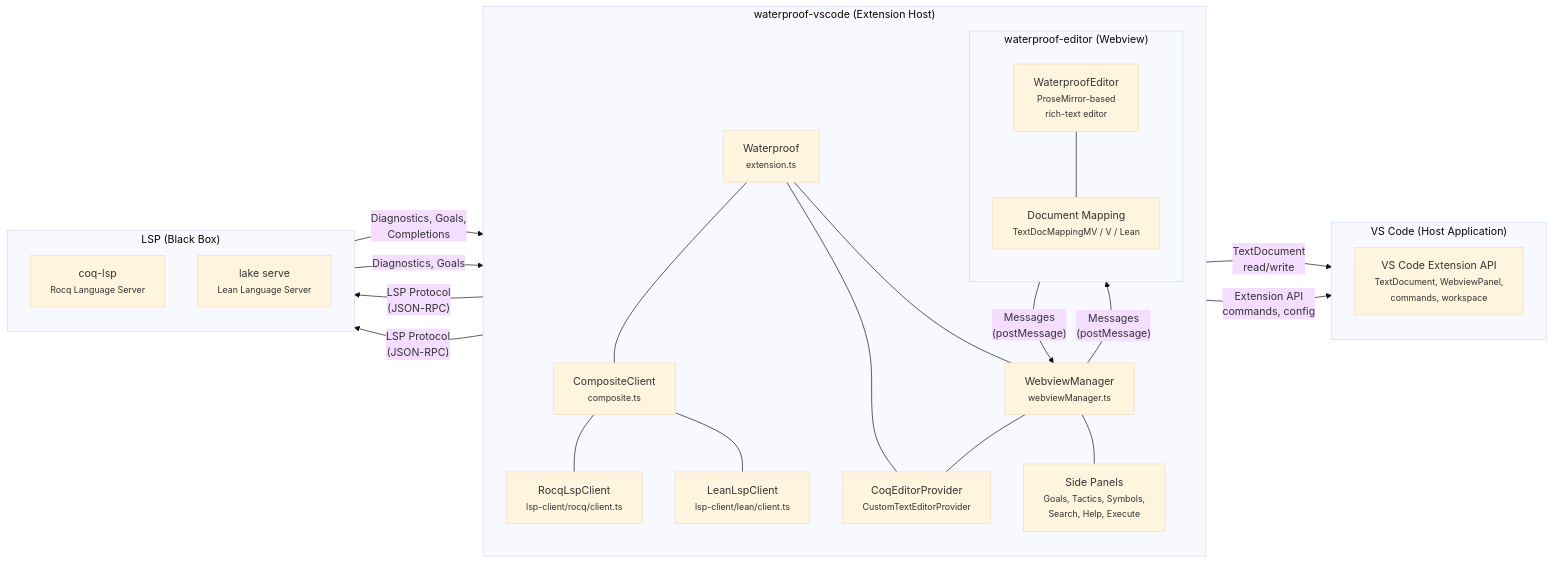
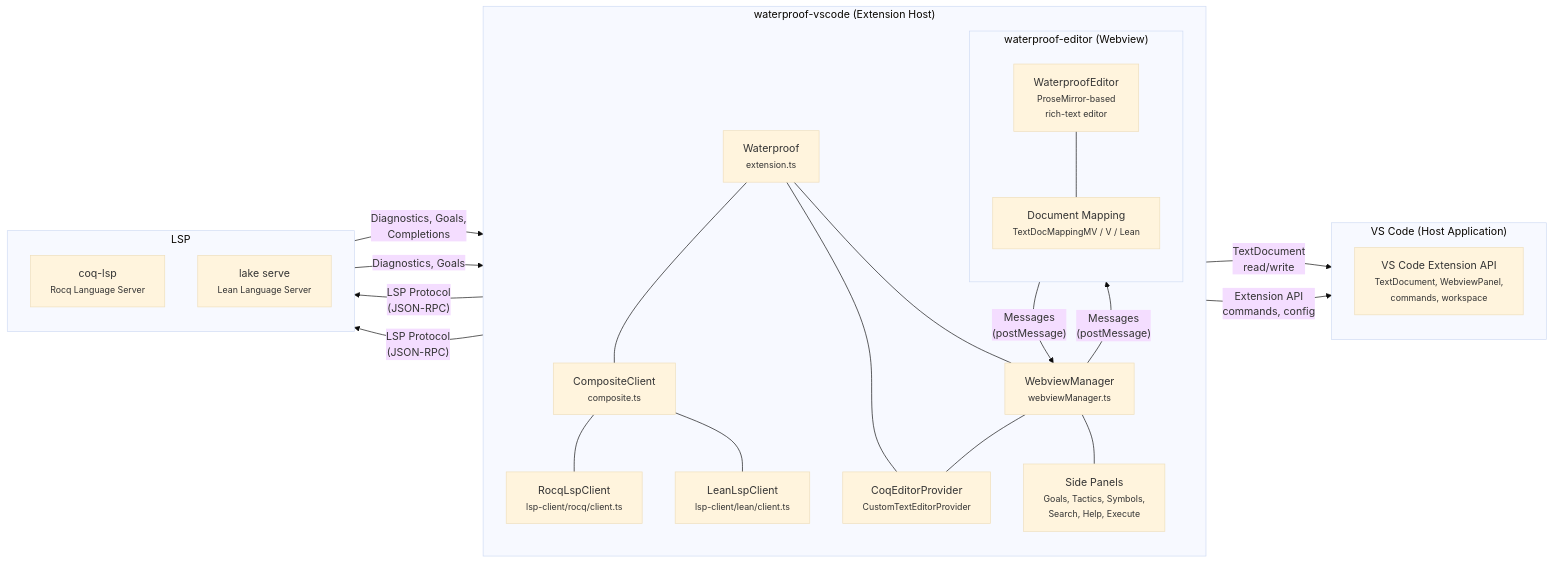
One commit to impermeable/waterproof-vscode changed the first of 2 diagrams in developer-resources/architecture.md. Above: the diagram before and after it, drawn with Mermaid (base theme). The commit also changed 1 other file, not shown here.

Commit message:
Reference

````diff
--- a/developer-resources/architecture.md
+++ b/developer-resources/architecture.md
@@ -23,50 +23,50 @@
 ```mermaid
 graph LR
     subgraph "VS Code (Host Application)"
         direction TB
         VSCODE_API["VS Code Extension API<br/><small>TextDocument, WebviewPanel,<br/>commands, workspace</small>"]
     end
 
     subgraph "waterproof-vscode (Extension Host)"
         direction TB
         EXT["Waterproof<br/><small>extension.ts</small>"]
         WVM["WebviewManager<br/><small>webviewManager.ts</small>"]
         PROV["CoqEditorProvider<br/><small>CustomTextEditorProvider</small>"]
         COMP["CompositeClient<br/><small>composite.ts</small>"]
         ROCQ_C["RocqLspClient<br/><small>lsp-client/rocq/client.ts</small>"]
         LEAN_C["LeanLspClient<br/><small>lsp-client/lean/client.ts</small>"]
         PANELS["Side Panels<br/><small>Goals, Tactics, Symbols,<br/>Search, Help, Execute</small>"]
 
         subgraph "waterproof-editor (Webview)"
             direction TB
             PM["WaterproofEditor<br/><small>ProseMirror-based<br/>rich-text editor</small>"]
             MAP["Document Mapping<br/><small>TextDocMappingMV / V / Lean</small>"]
             PM --- MAP
         end
 
         EXT --- WVM
         EXT --- COMP
         COMP --- ROCQ_C
         COMP --- LEAN_C
         EXT --- PROV
         WVM --- PANELS
         WVM --- PROV
     end
 
-    subgraph "LSP (Black Box)"
+    subgraph "LSP"
         direction TB
         COQ_LSP["coq-lsp<br/><small>Rocq Language Server</small>"]
         LEAN_LSP["lake serve<br/><small>Lean Language Server</small>"]
     end
 
     PM -- "Messages<br/>(postMessage)" --> WVM
     WVM -- "Messages<br/>(postMessage)" --> PM
 
     PROV -- "TextDocument<br/>read/write" --> VSCODE_API
     EXT -- "Extension API<br/>commands, config" --> VSCODE_API
 
     ROCQ_C -- "LSP Protocol<br/>(JSON-RPC)" --> COQ_LSP
     COQ_LSP -- "Diagnostics, Goals,<br/>Completions" --> ROCQ_C
     LEAN_C -- "LSP Protocol<br/>(JSON-RPC)" --> LEAN_LSP
     LEAN_LSP -- "Diagnostics, Goals" --> LEAN_C
 ```
````
